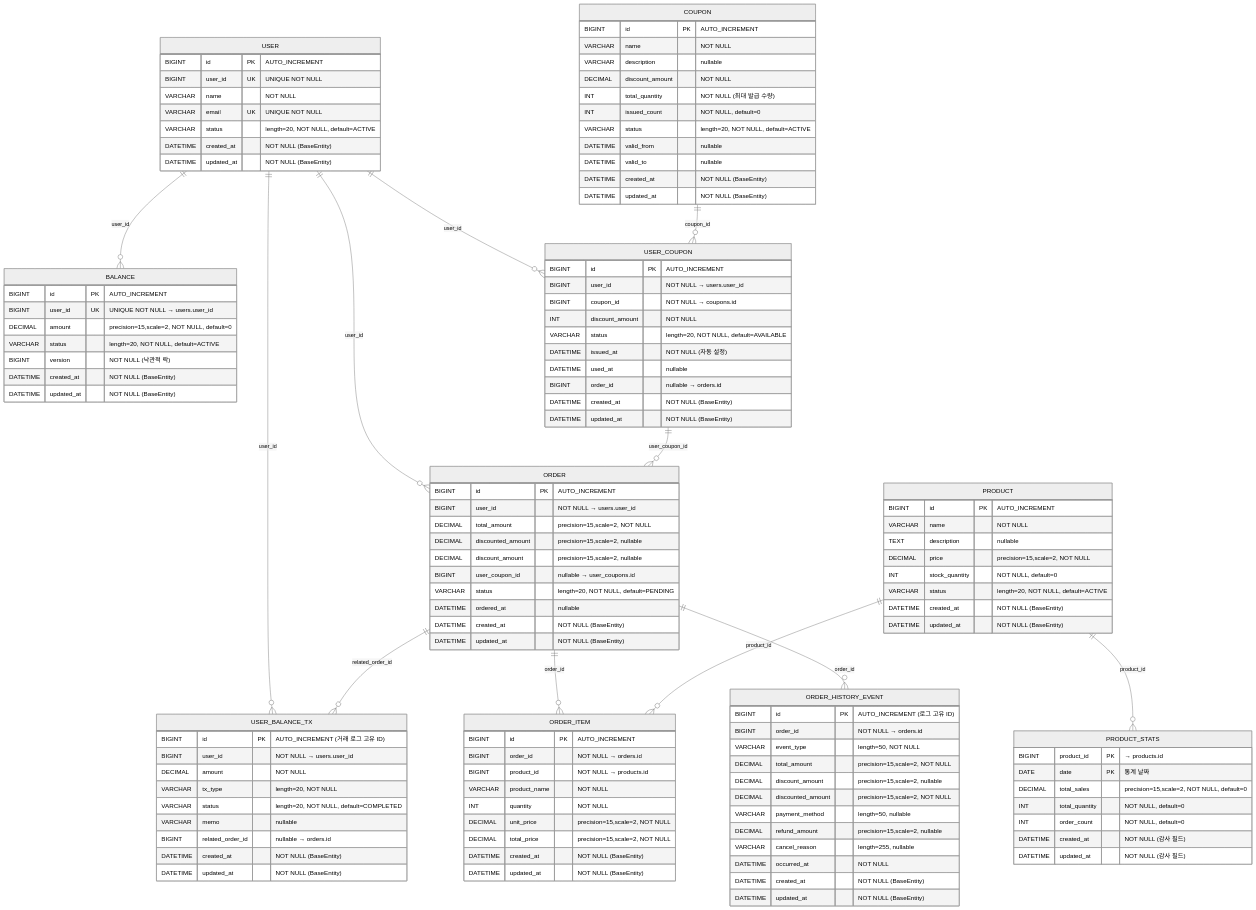
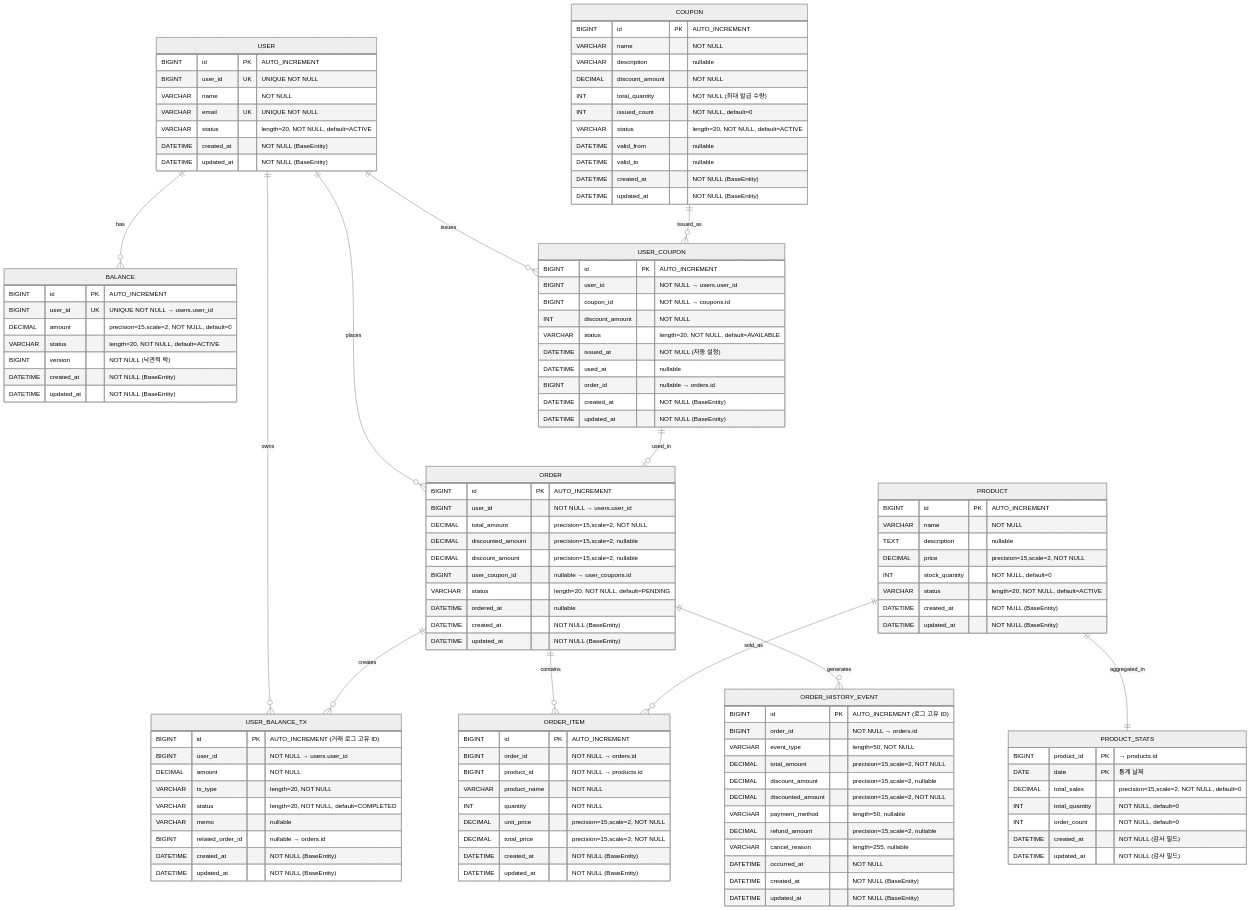
One commit to yuni02/hhplus-ecommerce changed the diagram in docs/erd.md. Above: the diagram before and after it, drawn with Mermaid (neutral theme). The commit also changed 11 other files, not shown here.

````diff
--- a/docs/erd.md
+++ b/docs/erd.md
@@ -130,20 +130,20 @@
         DATETIME updated_at "NOT NULL (감사 필드)"
     }
 
-    %% 논리적 관계 정의 (물리적 FK 제약조건 없음)
-    USER ||--o{ BALANCE : "user_id"
-    USER ||--o{ USER_BALANCE_TX : "user_id"
-    USER ||--o{ ORDER : "user_id"
-    USER ||--o{ USER_COUPON : "user_id"
+    %% 외래키 관계 정의 (Entity 레벨에서 NO_CONSTRAINT로 논리적 관계만)
+    USER ||--o{ BALANCE : "has"
+    USER ||--o{ USER_BALANCE_TX : "owns"
+    USER ||--o{ ORDER : "places"
+    USER ||--o{ USER_COUPON : "issues"
     
-    COUPON ||--o{ USER_COUPON : "coupon_id"
-    USER_COUPON ||--o{ ORDER : "user_coupon_id"
+    COUPON ||--o{ USER_COUPON : "issued_as"
+    USER_COUPON ||--o| ORDER : "used_in"
     
-    ORDER ||--o{ ORDER_ITEM : "order_id"
-    ORDER ||--o{ ORDER_HISTORY_EVENT : "order_id"
-    ORDER ||--o{ USER_BALANCE_TX : "related_order_id"
+    ORDER ||--o{ ORDER_ITEM : "contains"
+    ORDER ||--o{ ORDER_HISTORY_EVENT : "generates"
+    ORDER ||--o{ USER_BALANCE_TX : "creates"
     
-    PRODUCT ||--o{ ORDER_ITEM : "product_id"
-    PRODUCT ||--o{ PRODUCT_STATS : "product_id"
+    PRODUCT ||--o{ ORDER_ITEM : "sold_as"
+    PRODUCT ||--|| PRODUCT_STATS : "aggregated_in"
 
 ```
````
